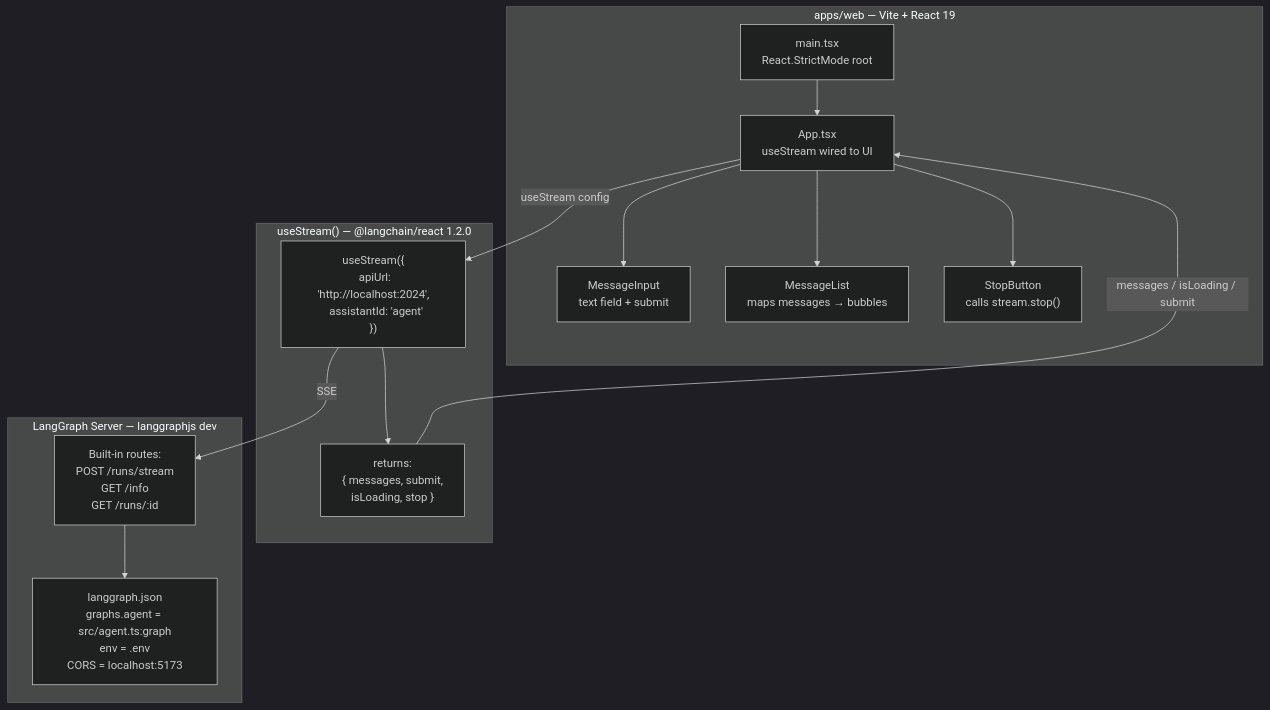
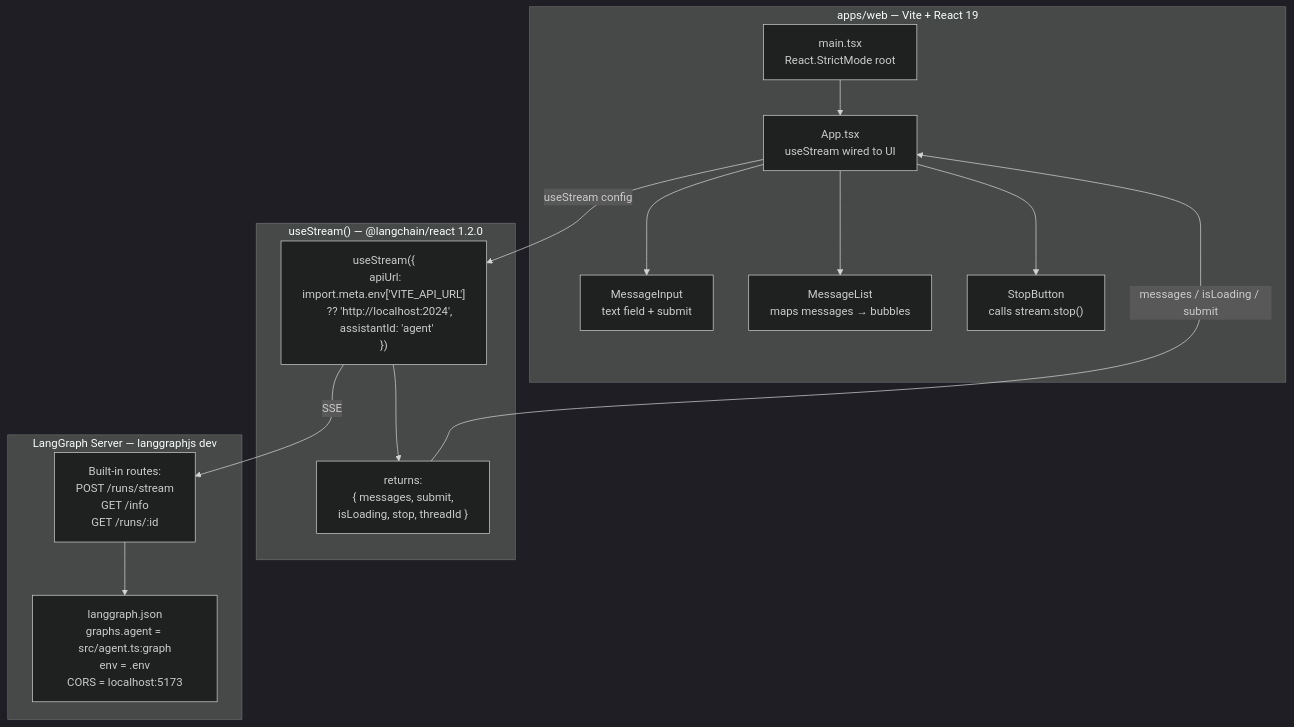
Before and after one commit to nhatduong-agilityio/deep-agents: the second of 4 diagrams in docs/diagrams/03-fullstack-architecture.md, drawn with Mermaid (dark theme). The commit also changed other lines of this file and 14 other files, not shown here.

Commit message:
docs: update T-FS plan and align diagrams to new design

````diff
--- a/docs/diagrams/03-fullstack-architecture.md
+++ b/docs/diagrams/03-fullstack-architecture.md
@@ -40,29 +47,29 @@
 ```mermaid
 graph TB
     subgraph Frontend["apps/web — Vite + React 19"]
         main["main.tsx\nReact.StrictMode root"]
         App["App.tsx\nuseStream wired to UI"]
         Input["MessageInput\ntext field + submit"]
         List["MessageList\nmaps messages → bubbles"]
         Stop["StopButton\ncalls stream.stop()"]
 
         main --> App
         App --> Input & List & Stop
     end
 
     subgraph Hook["useStream() — @langchain/react 1.2.0"]
-        US["useStream({\n  apiUrl: 'http://localhost:2024',\n  assistantId: 'agent'\n})"]
-        Returns["returns:\n{ messages, submit,\n  isLoading, stop }"]
+        US["useStream({\n  apiUrl: import.meta.env['VITE_API_URL']\n    ?? 'http://localhost:2024',\n  assistantId: 'agent'\n})"]
+        Returns["returns:\n{ messages, submit,\n  isLoading, stop, threadId }"]
         US --> Returns
     end
 
     subgraph Server["LangGraph Server — langgraphjs dev"]
         Routes["Built-in routes:\nPOST /runs/stream\nGET  /info\nGET  /runs/:id"]
         Manifest["langgraph.json\ngraphs.agent = src/agent.ts:graph\nenv = .env\nCORS = localhost:5173"]
     end
 
     App -->|"useStream config"| US
     Returns -->|"messages / isLoading / submit"| App
     US -->|"SSE"| Routes
     Routes --> Manifest
 ```
````
